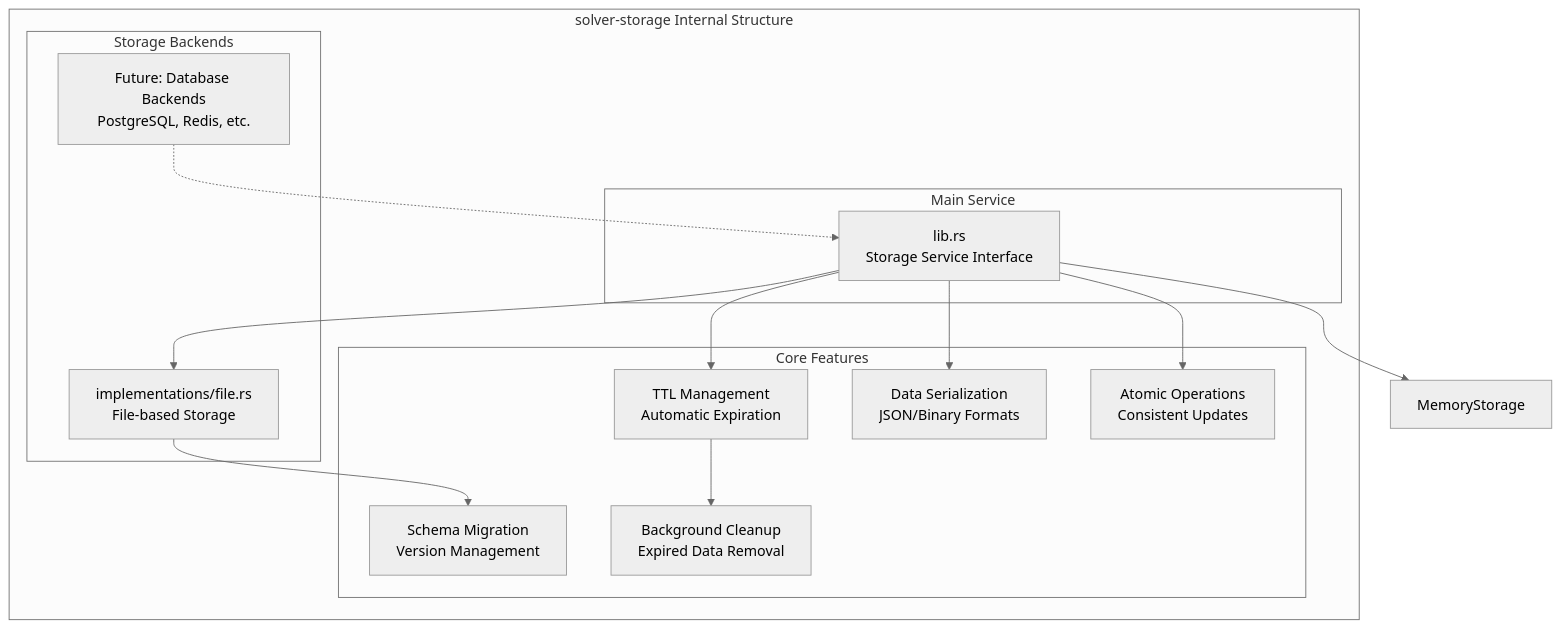
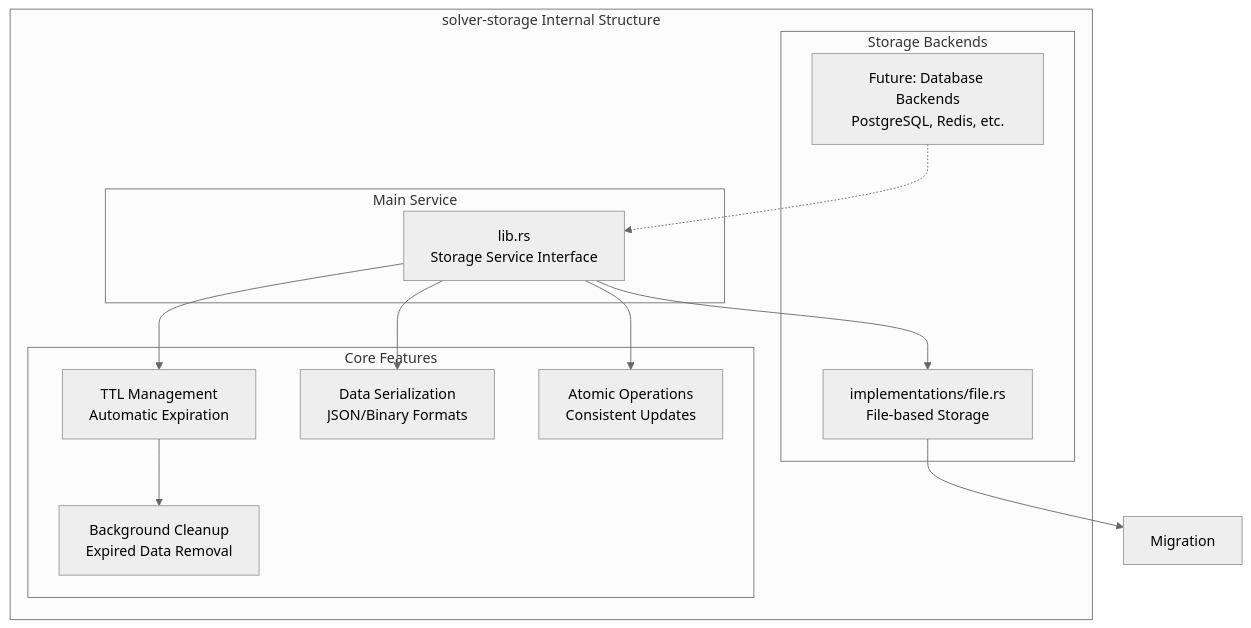
One commit to openintentsframework/oif-solver changed the first of 2 diagrams in docs/developer/crates/solver-storage.md. Above: the diagram before and after it, drawn with Mermaid (neutral theme). The commit also changed 1 other file, not shown here.

Commit message:
docs: Minor improvements again

````diff
--- a/docs/developer/crates/solver-storage.md
+++ b/docs/developer/crates/solver-storage.md
@@ -9,31 +9,29 @@
 ```mermaid
 graph TB
     subgraph "solver-storage Internal Structure"
         subgraph "Main Service"
             StorageService[lib.rs<br/>Storage Service Interface]
         end
 
         subgraph "Storage Backends"
             FileStorage[implementations/file.rs<br/>File-based Storage]
             FutureBackends[Future: Database Backends<br/>PostgreSQL, Redis, etc.]
         end
 
         subgraph "Core Features"
             TTLManager[TTL Management<br/>Automatic Expiration]
             Serialization[Data Serialization<br/>JSON/Binary Formats]
             AtomicOps[Atomic Operations<br/>Consistent Updates]
-            Migration[Schema Migration<br/>Version Management]
             Cleanup[Background Cleanup<br/>Expired Data Removal]
         end
     end
 
     StorageService --> FileStorage
-    StorageService --> MemoryStorage
     StorageService --> TTLManager
     StorageService --> Serialization
     StorageService --> AtomicOps
 
     TTLManager --> Cleanup
     FileStorage --> Migration
     FutureBackends -.-> StorageService
 ```
````
